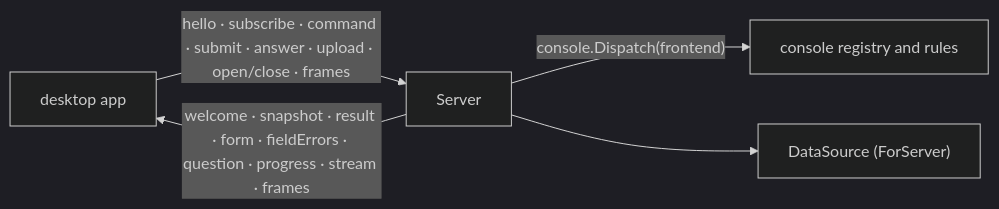
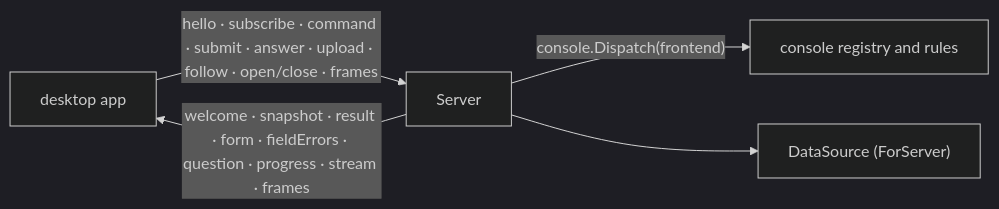
Before and after one commit to discobox-ai/discobox: the diagram in cli/internal/console/bridge/DESIGN.md, drawn with Mermaid (dark theme). The commit also changed other lines of this file and 13 other files, not shown here.

````diff
--- a/cli/internal/console/bridge/DESIGN.md
+++ b/cli/internal/console/bridge/DESIGN.md
@@ -10,7 +10,7 @@
 ```mermaid
 flowchart LR
-    App["desktop app"] -->|"hello · subscribe · command · submit · answer · upload · open/close · frames"| S["Server"]
+    App["desktop app"] -->|"hello · subscribe · command · submit · answer · upload · follow · open/close · frames"| S["Server"]
     S -->|"welcome · snapshot · result · form · fieldErrors · question · progress · stream · frames"| App
     S -->|"console.Dispatch(frontend)"| Core["console registry and rules"]
     S --> DS["DataSource (ForServer)"]
 ```
````
